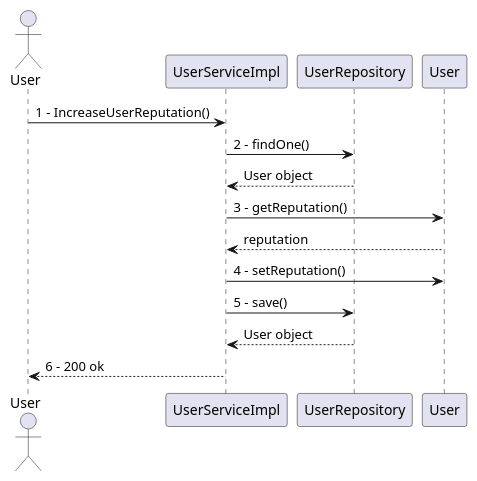
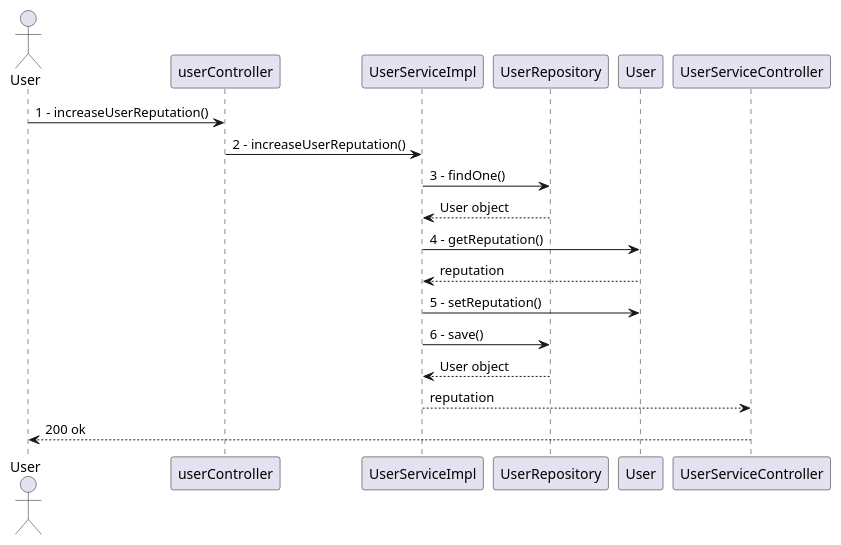
Before and after one commit to polito-se2-2020-team6/ezgas: diagram 14 of 15 in docs/DesignDocument.md, drawn with PlantUML. The commit also changed other lines of this file, not shown here.

Commit message:
docs: add controller layer in user sequence diagrams

````diff
--- a/docs/DesignDocument.md
+++ b/docs/DesignDocument.md
@@ -608,14 +613,16 @@
 ```plantuml
 @startuml
 actor User as u
-u -> UserServiceImpl : 1 - IncreaseUserReputation()
-UserServiceImpl -> UserRepository : 2 - findOne()
+u -> userController : 1 - increaseUserReputation()
+userController ->UserServiceImpl : 2 - increaseUserReputation()
+UserServiceImpl -> UserRepository : 3 - findOne()
 UserRepository --> UserServiceImpl : User object
-UserServiceImpl -> User: 3 - getReputation()
+UserServiceImpl -> User: 4 - getReputation()
 User --> UserServiceImpl : reputation
-UserServiceImpl -> User: 4 - setReputation()
-UserServiceImpl -> UserRepository : 5 - save()
-UserRepository --> UserServiceImpl :User object
-UserServiceImpl --> u : 6 - 200 ok
+UserServiceImpl -> User: 5 - setReputation()
+UserServiceImpl -> UserRepository : 6 - save()
+UserRepository --> UserServiceImpl : User object
+UserServiceImpl --> UserServiceController : reputation
+UserServiceController --> u : 200 ok
 @enduml
 ```
````
